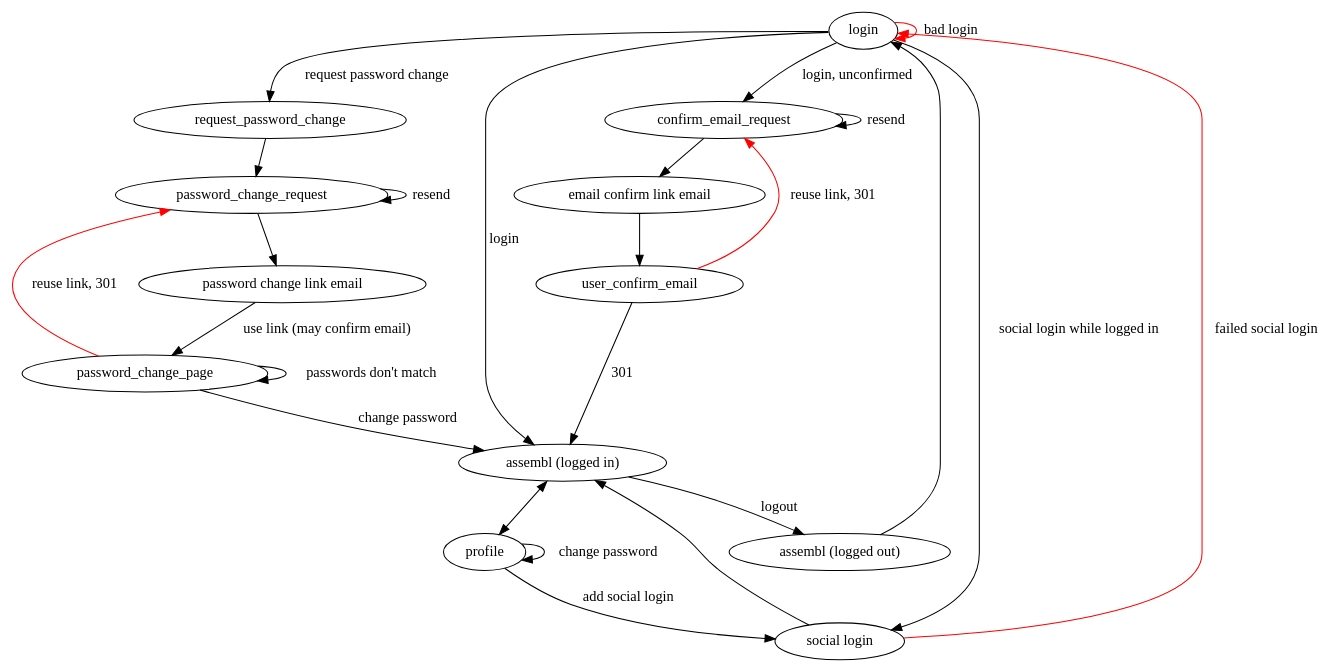
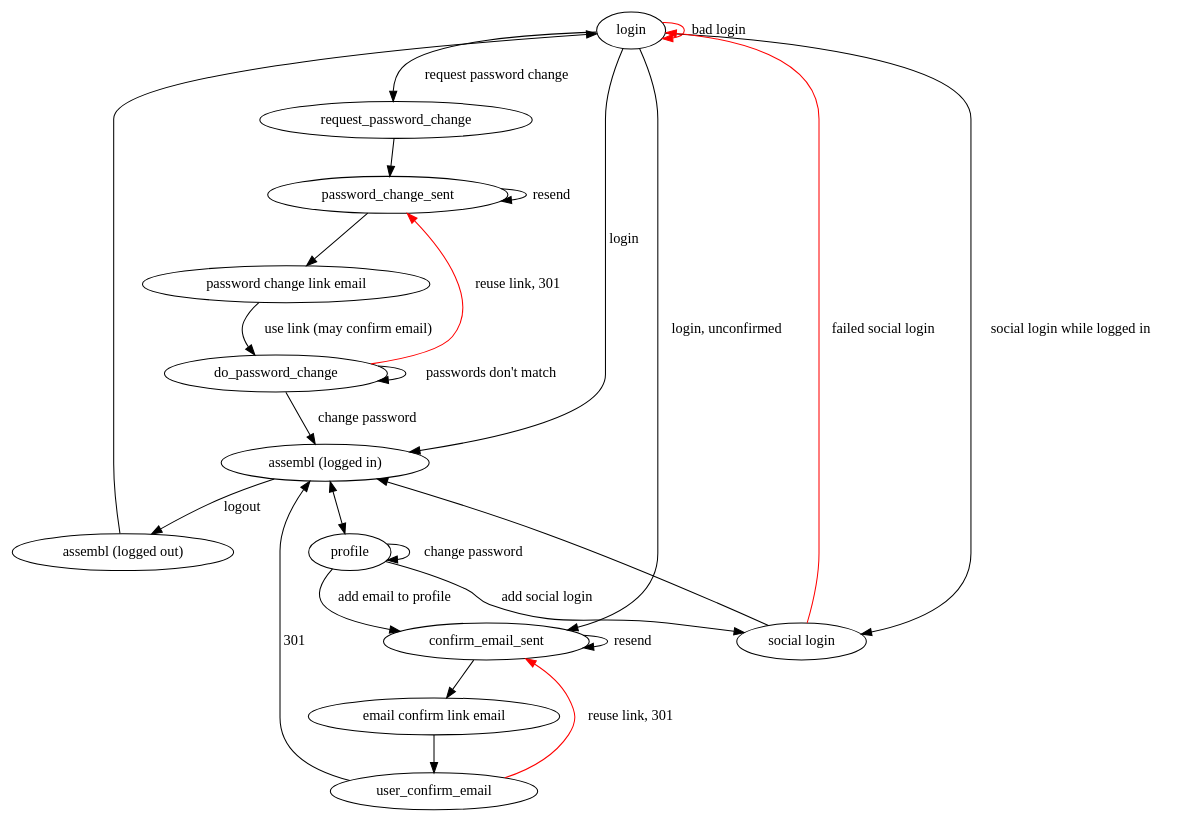
Before and after one commit to assembl/assembl: the diagram in doc/auth.dot, drawn with Graphviz.

```diff
--- a/doc/auth.dot
+++ b/doc/auth.dot
@@ -1,43 +1,44 @@
 strict digraph {
 
     login;
     "request_password_change";
     "email confirm link email";
     "password change link email";
     "assembl (logged out)";
     "profile";
     "assembl (logged in)";
     "user_confirm_email";
     #"confirm_user_email";
-    "confirm_email_request" ;
-    "password_change_request";
+    "confirm_email_sent" ;
+    "password_change_sent";
 
     login -> "assembl (logged in)" [label=login];
     login->login [label="bad login", color=red];
-    login -> "confirm_email_request" [label="register"];
+    login -> "confirm_email_sent" [label="register"];
     login -> "social login";
     "social login" -> "assembl (logged in)";
     "social login" -> login [color=red, label="failed social login"];
-    login -> "confirm_email_request" [label="login, unconfirmed"];
-    "confirm_email_request" -> "confirm_email_request" [label=resend];
-    confirm_email_request -> "email confirm link email";
+    login -> "confirm_email_sent" [label="login, unconfirmed"];
+    "confirm_email_sent" -> "confirm_email_sent" [label=resend];
+    confirm_email_sent -> "email confirm link email";
     "email confirm link email"->user_confirm_email;
     user_confirm_email->"assembl (logged in)" [label=301];
-    user_confirm_email->confirm_email_request [label="reuse link, 301", color=red];
+    user_confirm_email->confirm_email_sent [label="reuse link, 301", color=red];
     login->request_password_change [label="request password change"];
-    request_password_change->password_change_request;
-    password_change_request->password_change_request [label=resend];
-    password_change_request->"password change link email";
-    "password change link email"->"password_change_page" [label="use link (may confirm email)"];
+    request_password_change->password_change_sent;
+    password_change_sent->password_change_sent [label=resend];
+    password_change_sent->"password change link email";
+    "password change link email"->"do_password_change" [label="use link (may confirm email)"];
 
-    "password_change_page"->"assembl (logged in)" [label="change password"];
-    "password_change_page"->"password_change_page" [label="passwords don't match"];
-    "password_change_page"->"password_change_request" [label="reuse link, 301", color=red];
+    "do_password_change"->"assembl (logged in)" [label="change password"];
+    "do_password_change"->"do_password_change" [label="passwords don't match"];
+    "do_password_change"->"password_change_sent" [label="reuse link, 301", color=red];
     "assembl (logged in)" -> "assembl (logged out)" [label="logout"];
     "assembl (logged out)" -> login;
     login -> "social login" [label="social login while logged in"];
     "assembl (logged in)" -> profile [dir="both"];
     "profile" -> "social login" [label="add social login"];
     profile->profile [label="change password"];
+    profile->confirm_email_sent [label="add email to profile"];
     #"confirm_user_email"->"email confirm link email";
 }
```
